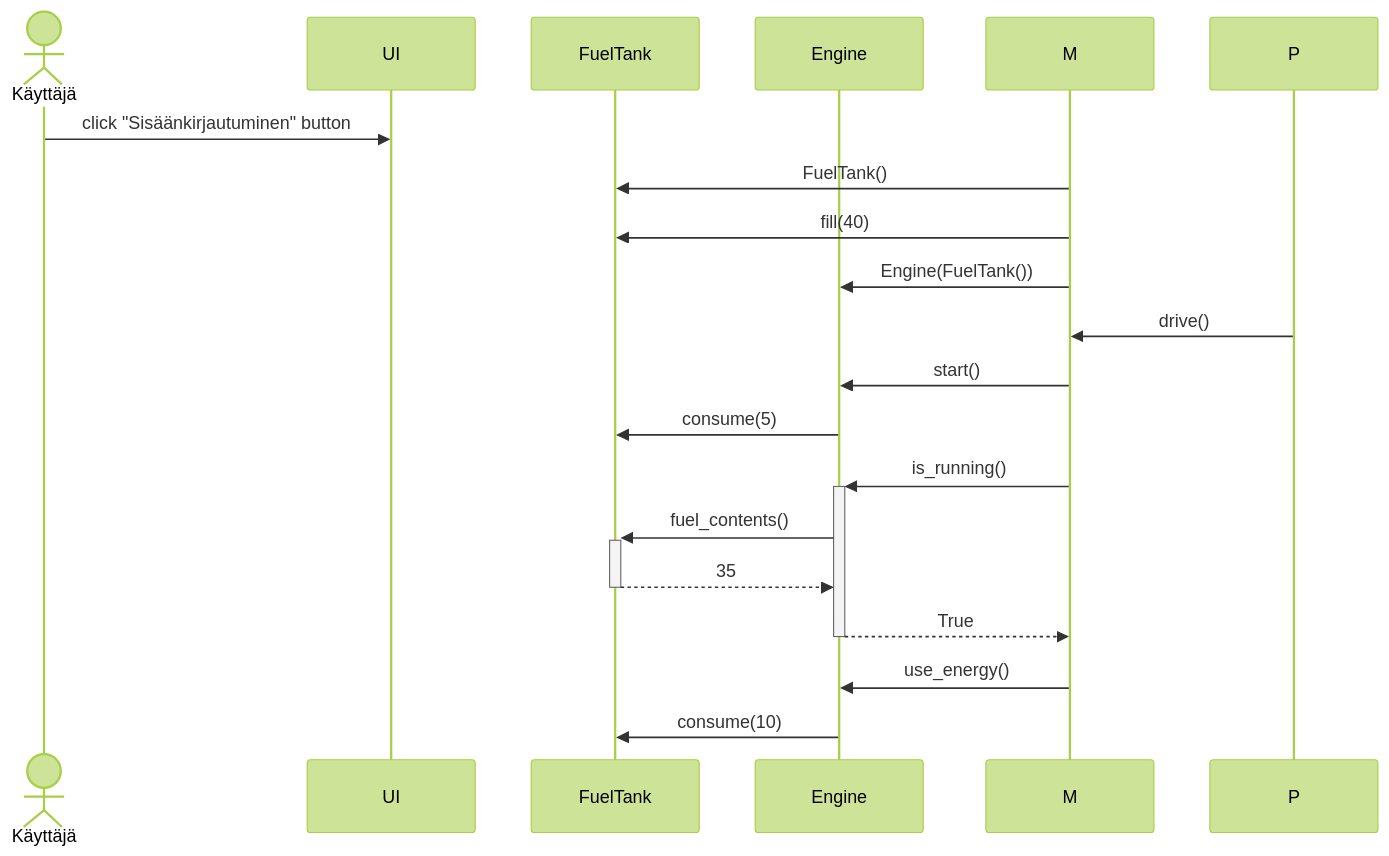
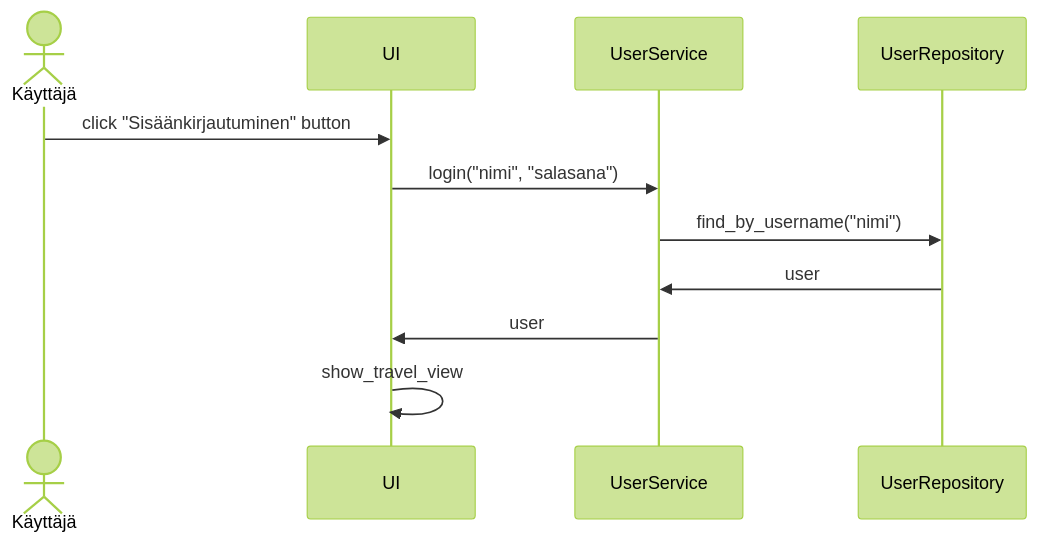
Before and after one commit to phuvio/ot-harjoitustyo: the diagram in travel-expense-calculator-app/dokumentaatio/arkkitehtuuri.md, drawn with Mermaid (forest theme).

````diff
--- a/travel-expense-calculator-app/dokumentaatio/arkkitehtuuri.md
+++ b/travel-expense-calculator-app/dokumentaatio/arkkitehtuuri.md
@@ -26,21 +26,14 @@
 ```mermaid
  sequenceDiagram
    Actor K as Käyttäjä
    participant U as UI
-   participant F as FuelTank
-   participant E as Engine
+   participant S as UserService
+   participant R as UserRepository
    K->>U: click "Sisäänkirjautuminen" button
-   M->>F: FuelTank()
-   M->>F: fill(40)
-   M->>E: Engine(FuelTank())
-   P->>M: drive()
-   M->>E: start()
-   E->>F: consume(5)
-   M->>+E: is_running()
-   E->>+F:fuel_contents()
-   F-->>-E: 35
-   E-->>-M: True
-   M->>E: use_energy()
-   E->>F: consume(10)
+   U->>S: login("nimi", "salasana")
+   S->>R: find_by_username("nimi")
+   R->>S: user
+   S->>U: user
+   U->>U: show_travel_view
 
 ```
````
